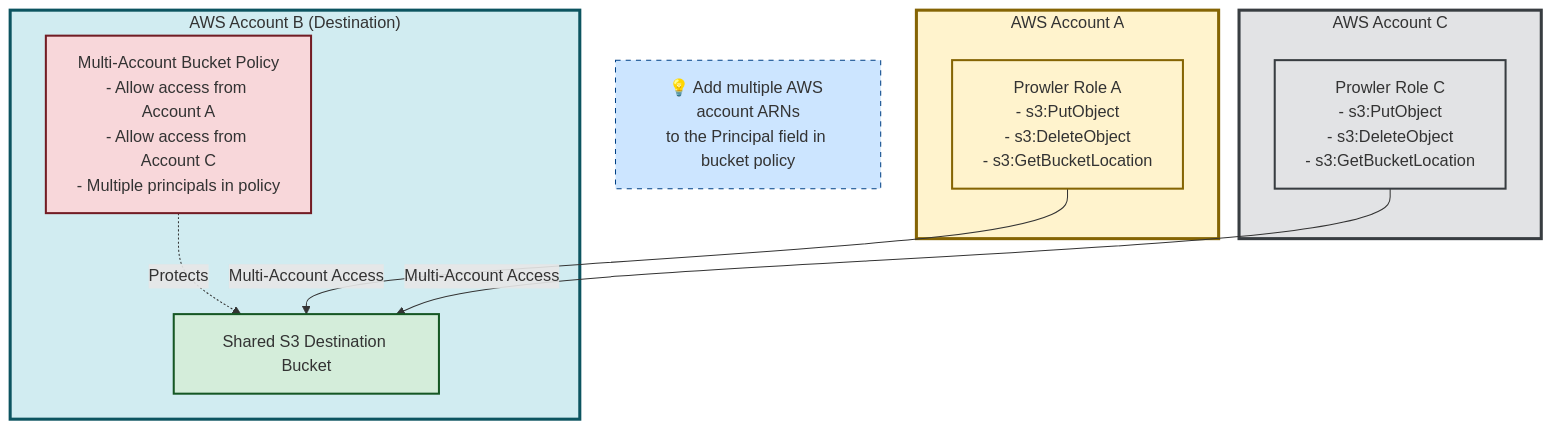
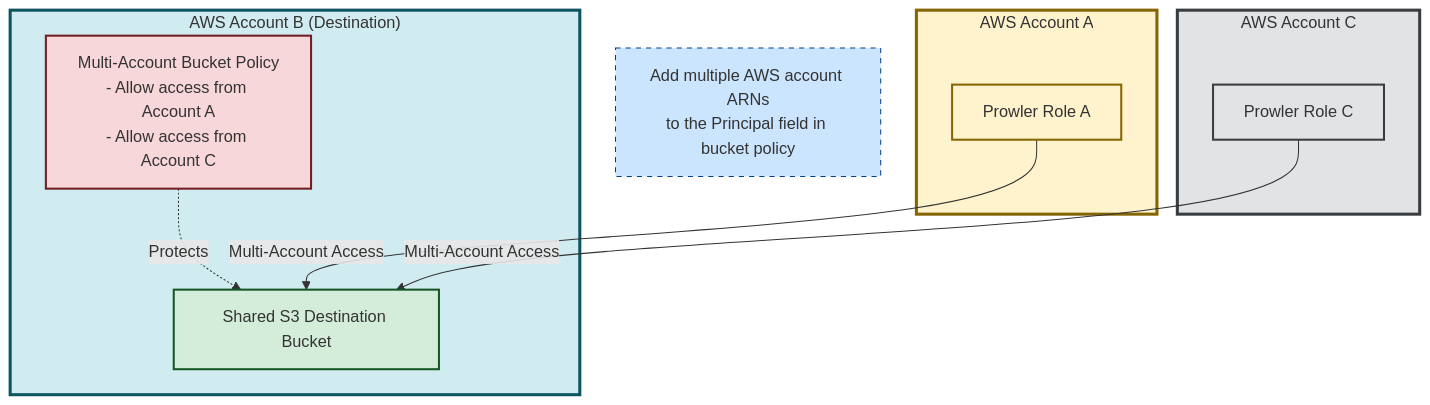
The third of 3 diagrams in docs/tutorials/prowler-app-s3-integration.md (prowler-cloud/prowler), drawn with Mermaid before and after one commit. The commit also changed other lines of this file, not shown here.

````diff
--- a/docs/tutorials/prowler-app-s3-integration.md
+++ b/docs/tutorials/prowler-app-s3-integration.md
@@ -183,30 +183,30 @@
 ```mermaid
 graph TB
     subgraph AccountA["AWS Account A"]
-        RoleA["Prowler Role A<br/>- s3:PutObject<br/>- s3:DeleteObject<br/>- s3:GetBucketLocation"]
+        RoleA["Prowler Role A<br/>"]
     end
 
     subgraph AccountC["AWS Account C"]
-        RoleC["Prowler Role C<br/>- s3:PutObject<br/>- s3:DeleteObject<br/>- s3:GetBucketLocation"]
+        RoleC["Prowler Role C<br/>"]
     end
 
     subgraph AccountB["AWS Account B (Destination)"]
         BucketB["Shared S3 Destination Bucket"]
-        PolicyB["Multi-Account Bucket Policy<br/>- Allow access from Account A<br/>- Allow access from Account C<br/>- Multiple principals in policy"]
+        PolicyB["Multi-Account Bucket Policy<br/>- Allow access from Account A<br/>- Allow access from Account C"]
 
         PolicyB -.->|"Protects"| BucketB
     end
     RoleA -->|"Multi-Account Access"| BucketB
     RoleC -->|"Multi-Account Access"| BucketB
 
-    Info["💡 Add multiple AWS account ARNs<br/>to the Principal field in bucket policy"]
+    Info["Add multiple AWS account ARNs<br/>to the Principal field in bucket policy"]
 
     style AccountA fill:#fff3cd,stroke:#856404,stroke-width:3px
     style AccountC fill:#e2e3e5,stroke:#383d41,stroke-width:3px
     style AccountB fill:#d1ecf1,stroke:#0c5460,stroke-width:3px
     style RoleA fill:#fff3cd,stroke:#856404,stroke-width:2px
     style RoleC fill:#e2e3e5,stroke:#383d41,stroke-width:2px
     style BucketB fill:#d4edda,stroke:#155724,stroke-width:2px
     style PolicyB fill:#f8d7da,stroke:#721c24,stroke-width:2px
     style Info fill:#cce5ff,stroke:#004085,stroke-width:1px,stroke-dasharray: 5 5
 ```
````
